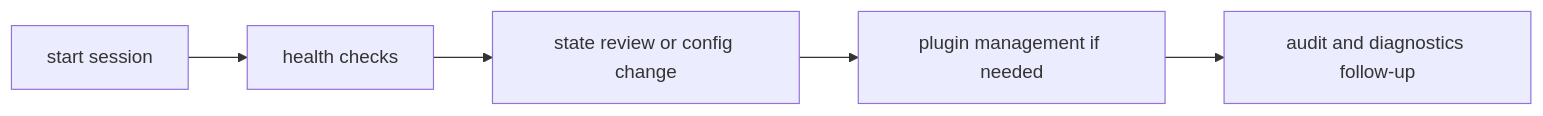
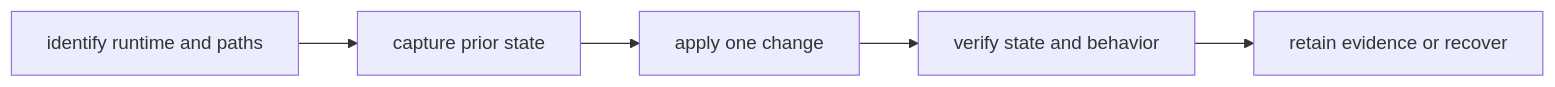
One commit to bijux/bijux-cli changed the diagram in docs/bijux-cli/interfaces/operator-workflows.md. Above: the diagram before and after it, drawn with Mermaid. The commit also changed other lines of this file, not shown here.

````diff
--- a/docs/bijux-cli/interfaces/operator-workflows.md
+++ b/docs/bijux-cli/interfaces/operator-workflows.md
@@ -17,7 +20,7 @@
 ```mermaid
 flowchart LR
-    start["start session"] --> status["health checks"]
-    status --> state["state review or config change"]
-    state --> plugins["plugin management if needed"]
-    plugins --> verify["audit and diagnostics follow-up"]
+    target["identify runtime and paths"] --> capture["capture prior state"]
+    capture --> change["apply one change"]
+    change --> verify["verify state and behavior"]
+    verify --> retain["retain evidence or recover"]
 ```
````
